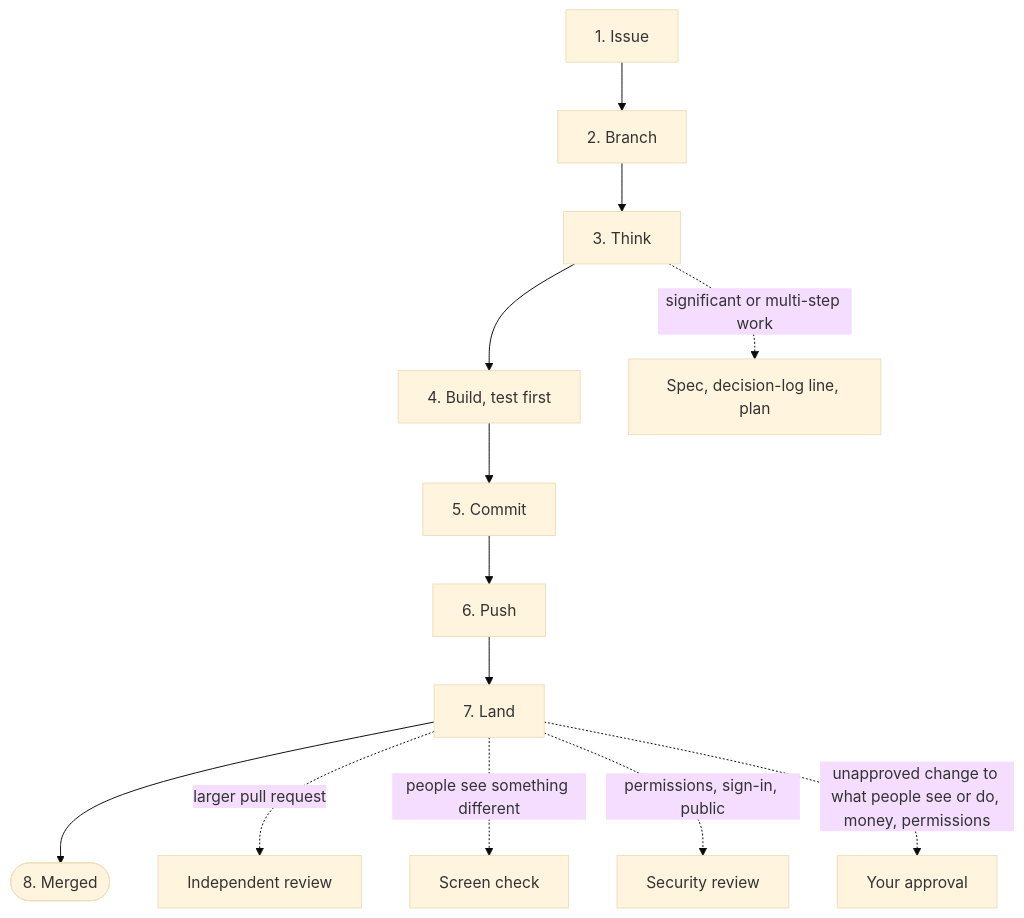
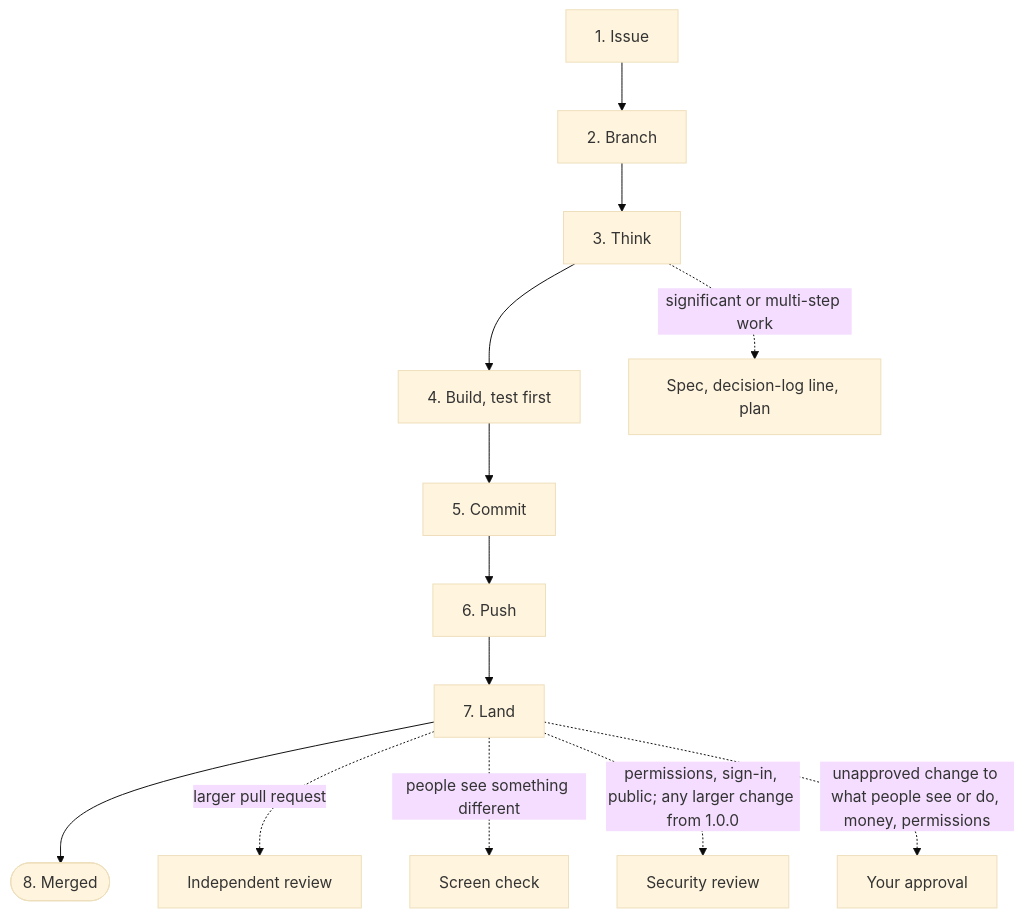
The diagram in docs/workflow-guide.md (AbelCS/claude-code-custom), drawn with Mermaid (base theme) before and after one commit. The commit also changed other lines of this file and 36 other files, not shown here.

````diff
--- a/docs/workflow-guide.md
+++ b/docs/workflow-guide.md
@@ -9,16 +9,16 @@
 ```mermaid
 flowchart TD
     A["1. Issue"] --> B["2. Branch"]
     B --> C["3. Think"]
     C --> D["4. Build, test first"]
     D --> E["5. Commit"]
     E --> F["6. Push"]
     F --> G["7. Land"]
     G --> H(["8. Merged"])
 
     C -.->|significant or multi-step work| S["Spec, decision-log line, plan"]
     G -.->|larger pull request| R["Independent review"]
     G -.->|people see something different| SC["Screen check"]
-    G -.->|permissions, sign-in, public| SEC["Security review"]
+    G -.->|permissions, sign-in, public; any larger change from 1.0.0| SEC["Security review"]
     G -.->|unapproved change to what people see or do, money, permissions| AP["Your approval"]
 ```
````
